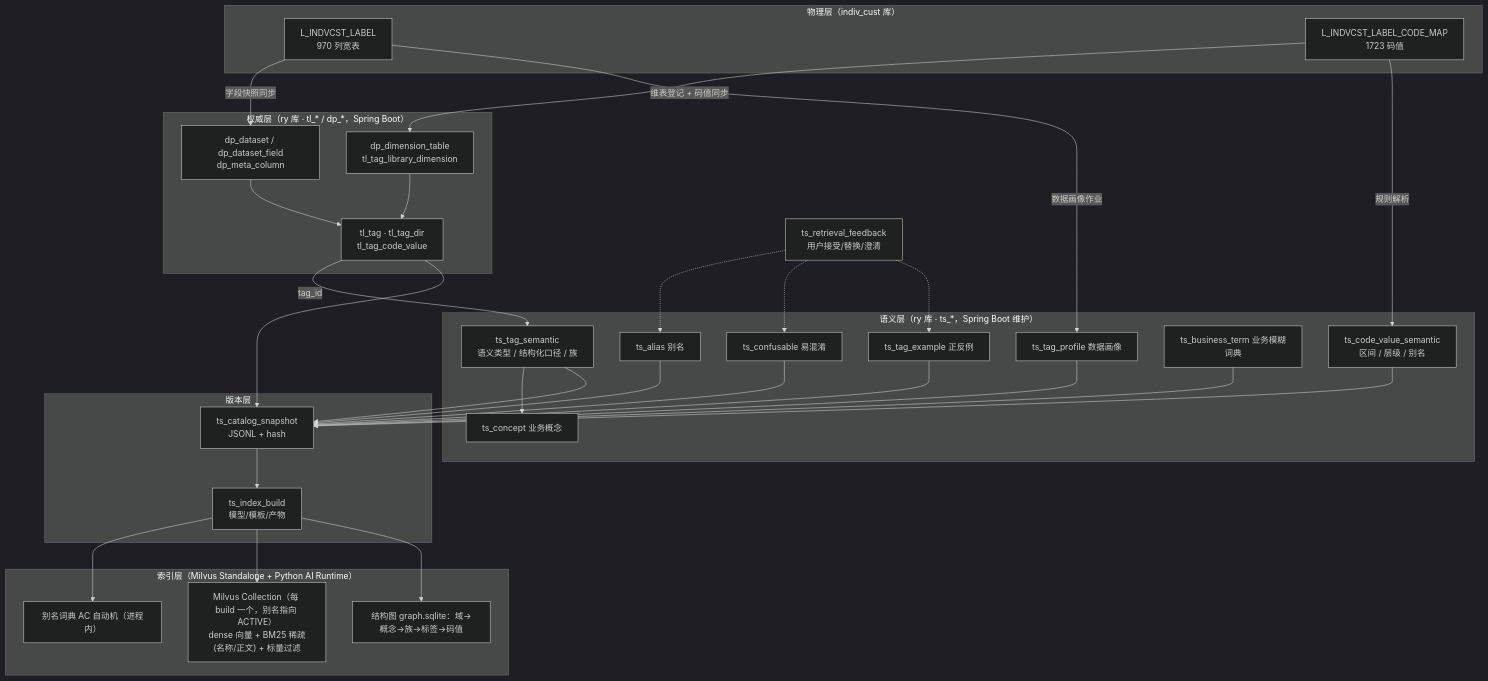
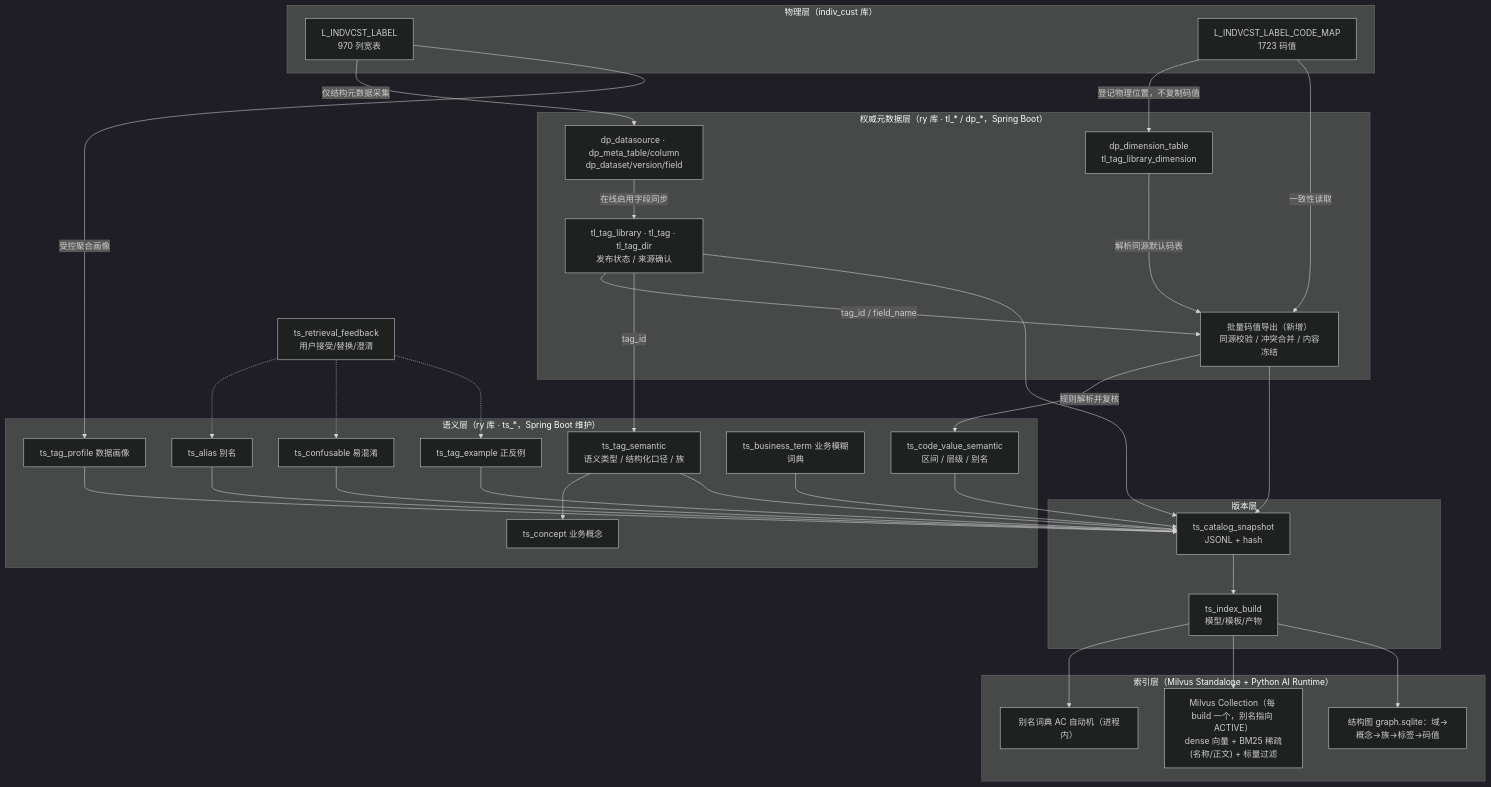
The diagram in docs/design/标签语义层与检索索引建设方案.md (WeiZhenshan/tagpilot), drawn with Mermaid (dark theme) before and after one commit. The commit also changed other lines of this file and 1 other file, not shown here.

````diff
--- a/docs/design/标签语义层与检索索引建设方案.md
+++ b/docs/design/标签语义层与检索索引建设方案.md
@@ -83,44 +94,49 @@
 ```mermaid
 flowchart TB
     subgraph P["物理层（indiv_cust 库）"]
         W["L_INDVCST_LABEL<br/>970 列宽表"]
         C["L_INDVCST_LABEL_CODE_MAP<br/>1723 码值"]
     end
 
-    subgraph A["权威层（ry 库 · tl_* / dp_*，Spring Boot）"]
-        DS["dp_dataset / dp_dataset_field<br/>dp_meta_column"]
+    subgraph A["权威元数据层（ry 库 · tl_* / dp_*，Spring Boot）"]
+        DS["dp_datasource · dp_meta_table/column<br/>dp_dataset/version/field"]
         DIM["dp_dimension_table<br/>tl_tag_library_dimension"]
-        T["tl_tag · tl_tag_dir<br/>tl_tag_code_value"]
+        T["tl_tag_library · tl_tag · tl_tag_dir<br/>发布状态 / 来源确认"]
+        CR["批量码值导出（新增）<br/>同源校验 / 冲突合并 / 内容冻结"]
     end
 
     subgraph S["语义层（ry 库 · ts_*，Spring Boot 维护）"]
         CON["ts_concept 业务概念"]
         SEM["ts_tag_semantic<br/>语义类型 / 结构化口径 / 族"]
         AL["ts_alias 别名"]
         CV["ts_code_value_semantic<br/>区间 / 层级 / 别名"]
         CF["ts_confusable 易混淆"]
         EX["ts_tag_example 正反例"]
         BT["ts_business_term 业务模糊词典"]
         PF["ts_tag_profile 数据画像"]
     end
 
     subgraph V["版本层"]
         SNAP["ts_catalog_snapshot<br/>JSONL + hash"]
         IB["ts_index_build<br/>模型/模板/产物"]
     end
 
     subgraph I["索引层（Milvus Standalone + Python AI Runtime）"]
         DICT["别名词典 AC 自动机（进程内）"]
         MV["Milvus Collection（每 build 一个，别名指向 ACTIVE）<br/>dense 向量 + BM25 稀疏(名称/正文) + 标量过滤"]
         GRAPH["结构图 graph.sqlite：域→概念→族→标签→码值"]
     end
 
-    W -- "字段快照同步" --> DS --> T
-    C -- "维表登记 + 码值同步" --> DIM --> T
-    W -- "数据画像作业" --> PF
+    W -- "仅结构元数据采集" --> DS
+    DS -- "在线启用字段同步" --> T
+    C -- "登记物理位置，不复制码值" --> DIM
+    DIM -- "解析同源默认码表" --> CR
+    C -- "一致性读取" --> CR
+    T -- "tag_id / field_name" --> CR
+    W -- "受控聚合画像" --> PF
     T -- "tag_id" --> SEM
-    C -- "规则解析" --> CV
+    CR -- "规则解析并复核" --> CV
     SEM --> CON
-    SEM & AL & CV & CF & EX & BT & PF & T --> SNAP --> IB --> DICT & MV & GRAPH
+    SEM & AL & CV & CF & EX & BT & PF & T & CR --> SNAP --> IB --> DICT & MV & GRAPH
     FB["ts_retrieval_feedback<br/>用户接受/替换/澄清"] -.-> AL & CF & EX
 ```
````
